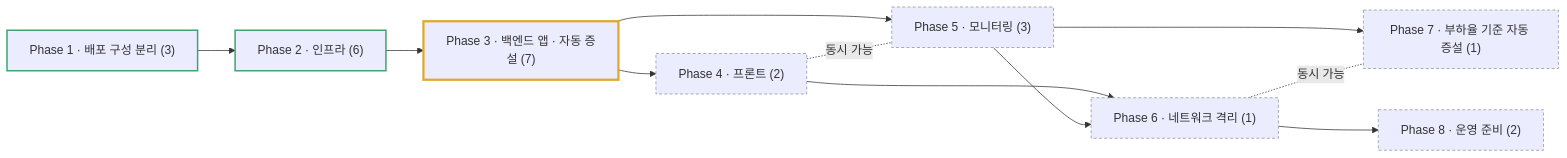
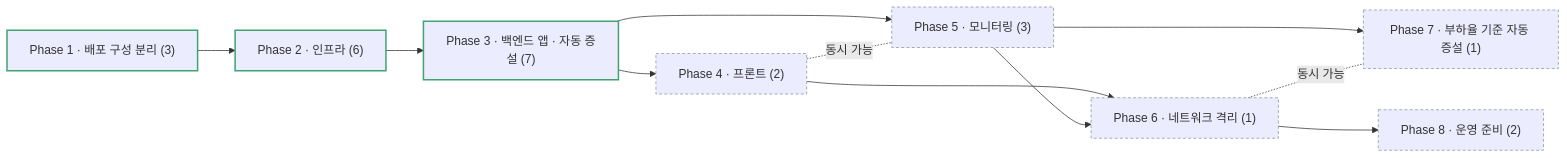
Before and after one commit to HaSungJe/deskless: the diagram in .beaver/output/roadmap/k8s-roadmap.md, drawn with Mermaid. The commit also changed other lines of this file and 4 other files, not shown here.

````diff
--- a/.beaver/output/roadmap/k8s-roadmap.md
+++ b/.beaver/output/roadmap/k8s-roadmap.md
@@ -9,16 +9,16 @@
 ```mermaid
 flowchart LR
   P1["Phase 1 · 배포 구성 분리 (3)"]:::done --> P2["Phase 2 · 인프라 (6)"]:::done
-  P2 --> P3["Phase 3 · 백엔드 앱 · 자동 증설 (7)"]:::inprog
+  P2 --> P3["Phase 3 · 백엔드 앱 · 자동 증설 (7)"]:::done
   P3 --> P4["Phase 4 · 프론트 (2)"]:::todo
   P3 --> P5["Phase 5 · 모니터링 (3)"]:::todo
   P4 -. 동시 가능 .- P5
   P4 --> P6["Phase 6 · 네트워크 격리 (1)"]:::todo
   P5 --> P6
   P5 --> P7["Phase 7 · 부하율 기준 자동 증설 (1)"]:::todo
   P6 -. 동시 가능 .- P7
   P6 --> P8["Phase 8 · 운영 준비 (2)"]:::todo
   classDef done stroke:#3fa46f,stroke-width:2px
   classDef inprog stroke:#e0a82e,stroke-width:3px
   classDef todo stroke:#8a949c,stroke-width:1px,stroke-dasharray:4 3
 ```
````
